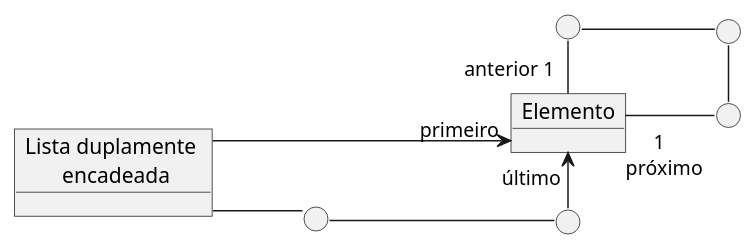
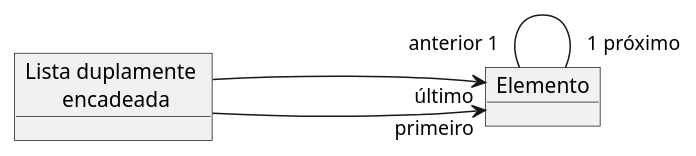
Before and after one commit to kyriosdata/oo: the diagram in Imagens/modelos-04/mod04ima07/mod04ima07.plantuml, drawn with PlantUML. The commit also changed 19 other files, not shown here.

```diff
--- a/Imagens/modelos-04/mod04ima07/mod04ima07.plantuml
+++ b/Imagens/modelos-04/mod04ima07/mod04ima07.plantuml
@@ -1,19 +1,9 @@
 @startuml mod04ima07
-skinparam linetype ortho
 object "Lista duplamente \n encadeada" as li 
 object "Elemento" as el 
-circle " " as p1
-circle " " as p2
-circle " " as p3
-circle " " as p4
-circle " " as p5
+
 left to right direction
 li ----> "primeiro" el  
-el "anterior 1"-left- p1
-p1 -down- p2
-p2 -right- p3
-p3 -up-"1 \n próximo" el
-li -right- p4
-p4 -down- p5
-p5 -left->"último" el
+el "anterior 1"--- "1 próximo" el
+li ---->"último" el
 @enduml
```
